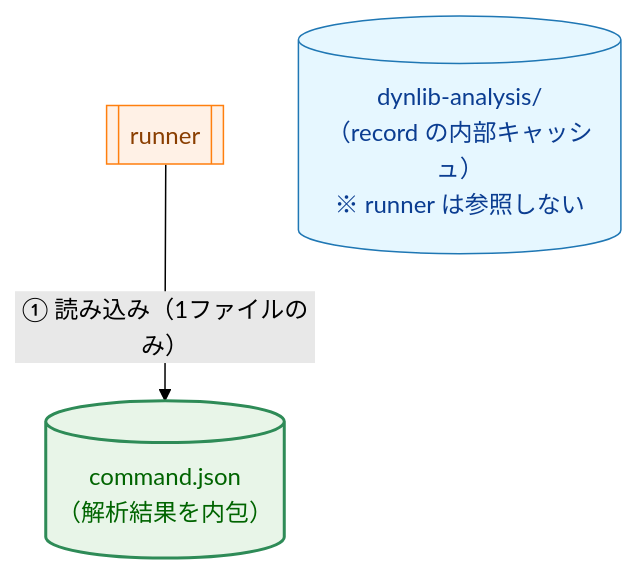
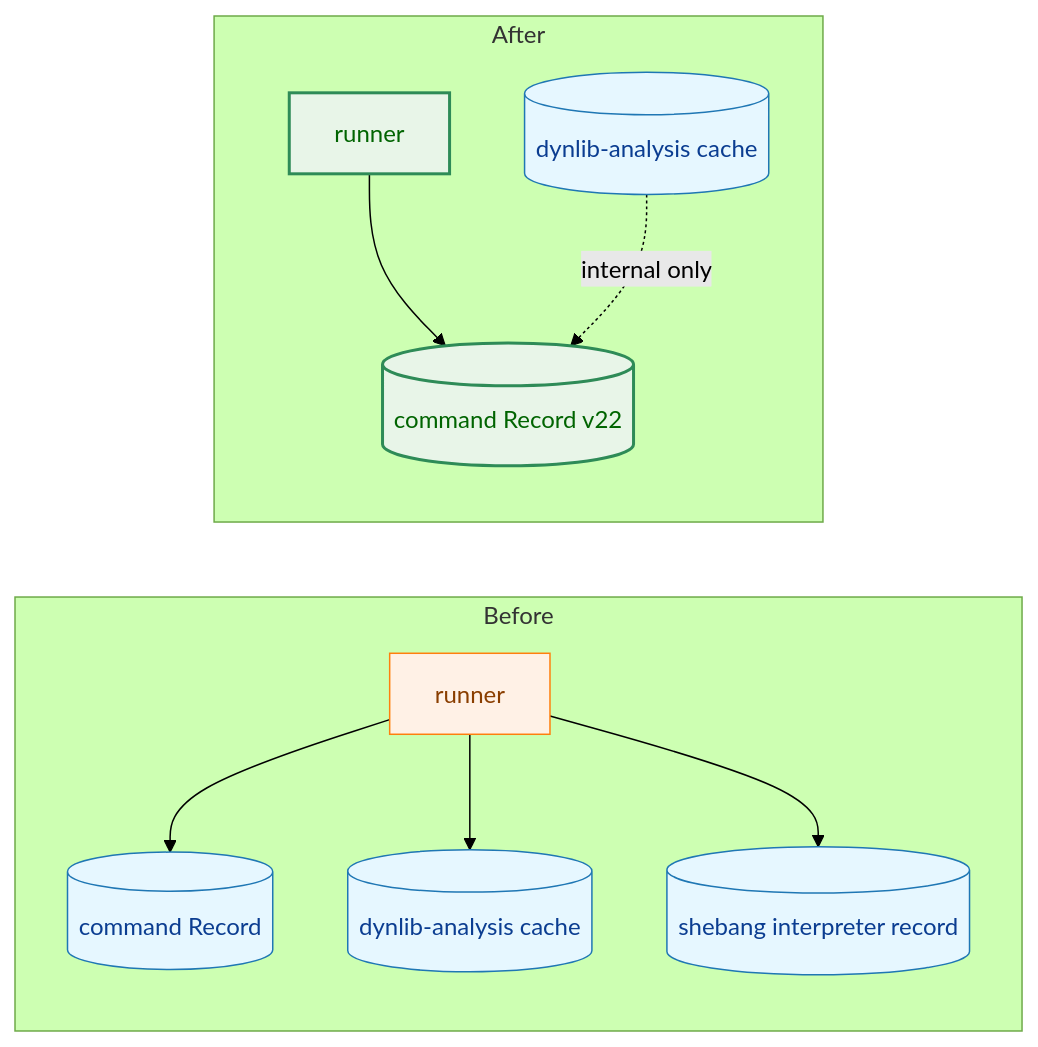
One commit to isseis/go-safe-cmd-runner changed the first of 5 diagrams in docs/tasks/0129_self_contained_record/02_architecture.md. Above: the diagram before and after it, drawn with Mermaid (forest theme). The commit also changed other lines of this file and 3 other files, not shown here.

First line of the commit message:
Rewrite self-contained record docs for schema v22

````diff
--- a/docs/tasks/0129_self_contained_record/02_architecture.md
+++ b/docs/tasks/0129_self_contained_record/02_architecture.md
@@ -40,14 +21,28 @@
 ```mermaid
-flowchart TD
+flowchart LR
     classDef data fill:#e6f7ff,stroke:#1f77b4,stroke-width:1px,color:#0b3d91;
-    classDef process fill:#fff1e6,stroke:#ff7f0e,stroke-width:1px,color:#8a3e00;
-    classDef enhanced fill:#e8f5e8,stroke:#2e8b57,stroke-width:2px,color:#006400;
+    classDef proc fill:#fff1e6,stroke:#ff7f0e,stroke-width:1px,color:#8a3e00;
+    classDef change fill:#e8f5e8,stroke:#2e8b57,stroke-width:2px,color:#006400;
 
-    RUN[["runner"]]
-    RUN -->|"① 読み込み（1ファイルのみ）"| CMD[("command.json\n（解析結果を内包）")]
-    CACHE[("dynlib-analysis/\n（record の内部キャッシュ）\n※ runner は参照しない")]
+    subgraph BEFORE[Before]
+        BRUN[runner]
+        BREC[(command Record)]
+        BDYN[(dynlib-analysis cache)]
+        BSHE[(shebang interpreter record)]
+        BRUN --> BREC
+        BRUN --> BDYN
+        BRUN --> BSHE
+    end
 
-    class CMD,CACHE data;
-    class RUN process;
-    class CMD enhanced;
+    subgraph AFTER[After]
+        ARUN[runner]
+        AREC[(command Record v22)]
+        ADYN[(dynlib-analysis cache)]
+        ARUN --> AREC
+        ADYN -. internal only .-> AREC
+    end
+
+    class BREC,BDYN,BSHE,AREC,ADYN data;
+    class BRUN,ARUN proc;
+    class AREC,ARUN change;
 ```
````
